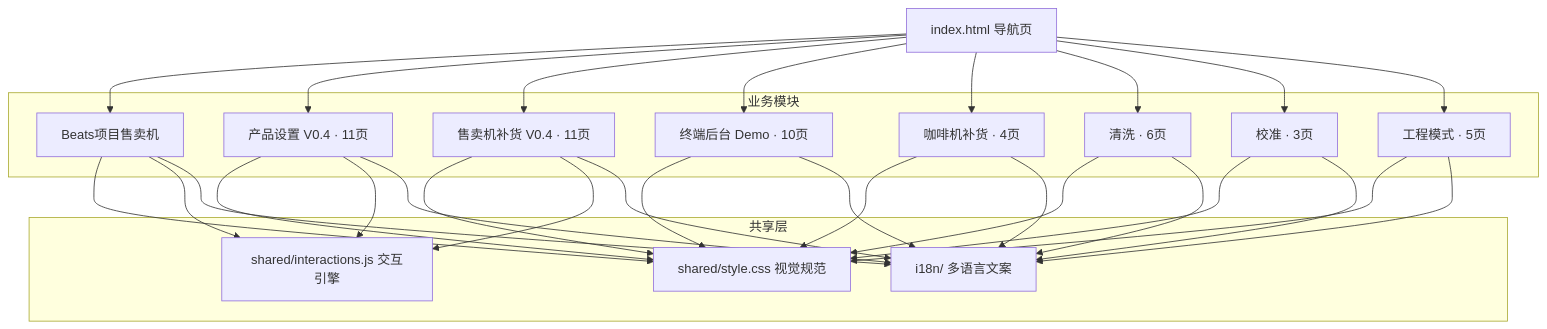
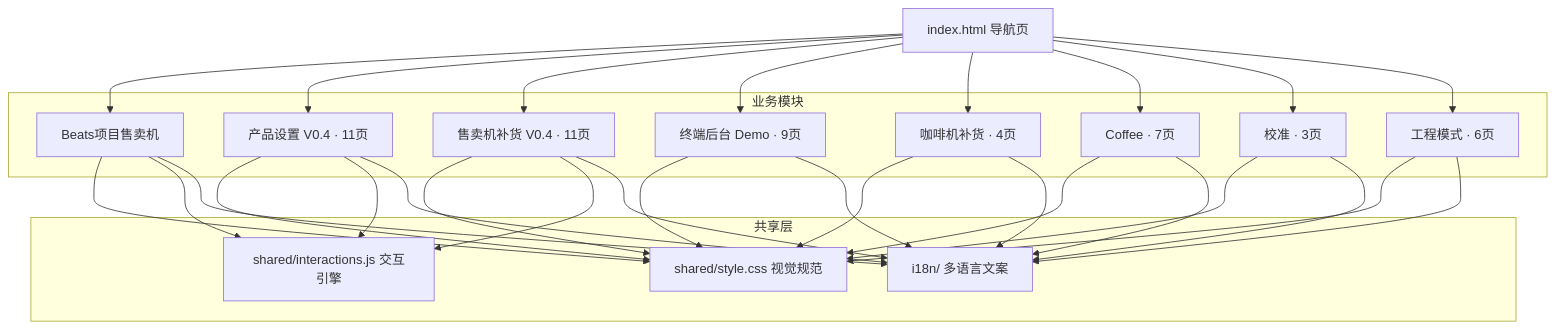
The first of 3 diagrams in 架构与页面逻辑.md (nicozhan/iot-android-screen), drawn with Mermaid before and after one commit. The commit also changed other lines of this file and 17 other files, not shown here.

````diff
--- a/架构与页面逻辑.md
+++ b/架构与页面逻辑.md
@@ -23,23 +24,23 @@
 ```mermaid
 graph TD
   IDX[index.html 导航页]
   subgraph 业务模块
     G1[Beats项目售卖机]
     G2[产品设置 V0.4 · 11页]
     G3[售卖机补货 V0.4 · 11页]
-    G4[终端后台 Demo · 10页]
+    G4[终端后台 Demo · 9页]
     G5[咖啡机补货 · 4页]
-    G6[清洗 · 6页]
+    G6[Coffee · 7页]
     G7[校准 · 3页]
-    G8[工程模式 · 5页]
+    G8[工程模式 · 6页]
   end
   subgraph 共享层
     CSS[shared/style.css 视觉规范]
     JS[shared/interactions.js 交互引擎]
     I18N[i18n/ 多语言文案]
   end
   IDX --> G1 & G2 & G3 & G4 & G5 & G6 & G7 & G8
   G1 & G2 & G3 & G4 & G5 & G6 & G7 & G8 --> CSS
   G1 & G2 & G3 --> JS
   G1 & G2 & G3 & G4 & G5 & G6 & G7 & G8 --> I18N
 ```
````
